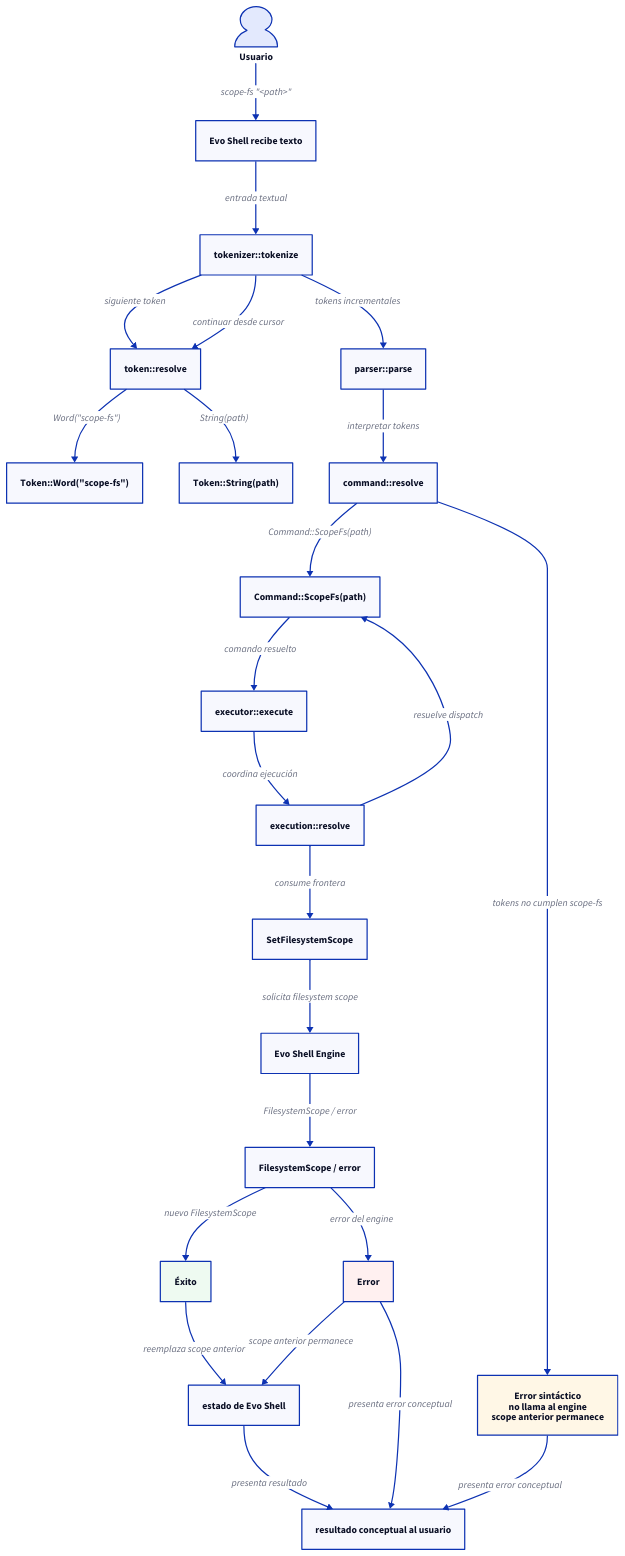
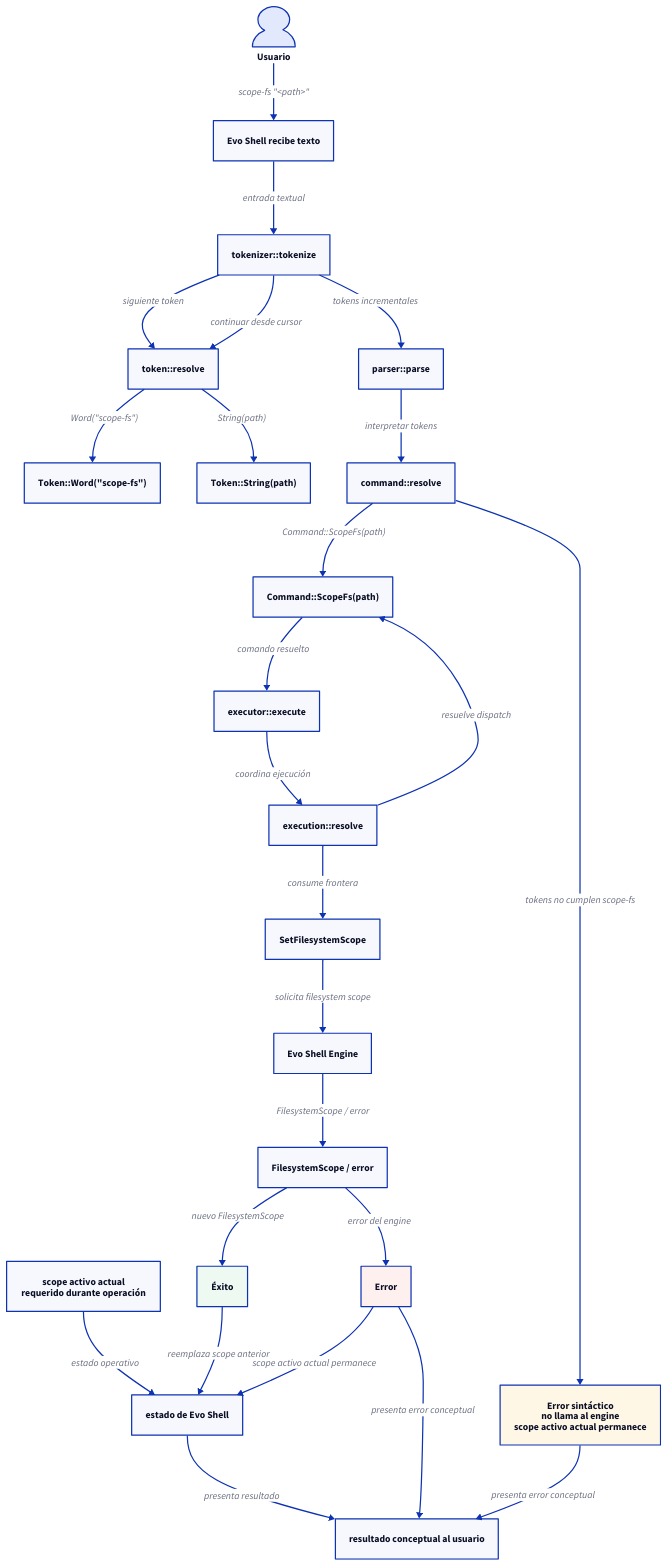
The diagram in evo-shell/technical_documentation/use_cases/UC-001-set-filesystem-scope-command/sequence.d2 (niqel/evolution), drawn with D2 before and after one commit. The commit also changed 13 other files, not shown here.

```diff
--- a/evo-shell/technical_documentation/use_cases/UC-001-set-filesystem-scope-command/sequence.d2
+++ b/evo-shell/technical_documentation/use_cases/UC-001-set-filesystem-scope-command/sequence.d2
@@ -1,107 +1,112 @@
 direction: down
 
 usuario: "Usuario" {
   shape: person
 }
 
 evo_shell: "Evo Shell recibe texto" {
   shape: rectangle
 }
 
 tokenizer: "tokenizer::tokenize" {
   shape: rectangle
 }
 
 token_resolver: "token::resolve" {
   shape: rectangle
 }
 
 word_token: "Token::Word(\"scope-fs\")" {
   shape: rectangle
 }
 
 string_token: "Token::String(path)" {
   shape: rectangle
 }
 
 parser: "parser::parse" {
   shape: rectangle
 }
 
 command_resolver: "command::resolve" {
   shape: rectangle
 }
 
 command: "Command::ScopeFs(path)" {
   shape: rectangle
 }
 
 executor: "executor::execute" {
   shape: rectangle
 }
 
 execution_resolver: "execution::resolve" {
   shape: rectangle
 }
 
 set_filesystem_scope: "SetFilesystemScope" {
   shape: rectangle
 }
 
 engine: "Evo Shell Engine" {
   shape: rectangle
 }
 
 engine_result: "FilesystemScope / error" {
   shape: rectangle
 }
 
 shell_state: "estado de Evo Shell" {
   shape: rectangle
 }
 
+current_scope: "scope activo actual\nrequerido durante operación" {
+  shape: rectangle
+}
+
 presentation: "resultado conceptual al usuario" {
   shape: rectangle
 }
 
 usuario -> evo_shell: "scope-fs \"<path>\""
+current_scope -> shell_state: "estado operativo"
 evo_shell -> tokenizer: "entrada textual"
 tokenizer -> token_resolver: "siguiente token"
 token_resolver -> word_token: "Word(\"scope-fs\")"
 tokenizer -> token_resolver: "continuar desde cursor"
 token_resolver -> string_token: "String(path)"
 tokenizer -> parser: "tokens incrementales"
 parser -> command_resolver: "interpretar tokens"
 command_resolver -> command: "Command::ScopeFs(path)"
 command -> executor: "comando resuelto"
 executor -> execution_resolver: "coordina ejecución"
 execution_resolver -> command: "resuelve dispatch"
 execution_resolver -> set_filesystem_scope: "consume frontera"
 set_filesystem_scope -> engine: "solicita filesystem scope"
 engine -> engine_result: "FilesystemScope / error"
 
 success: "Éxito" {
   shape: rectangle
   style.fill: "#eefaf1"
 }
 
 error: "Error" {
   shape: rectangle
   style.fill: "#fff0f0"
 }
 
 engine_result -> success: "nuevo FilesystemScope"
 success -> shell_state: "reemplaza scope anterior"
 shell_state -> presentation: "presenta resultado"
 
 engine_result -> error: "error del engine"
-error -> shell_state: "scope anterior permanece"
+error -> shell_state: "scope activo actual permanece"
 error -> presentation: "presenta error conceptual"
 
-syntax_error: "Error sintáctico\nno llama al engine\nscope anterior permanece" {
+syntax_error: "Error sintáctico\nno llama al engine\nscope activo actual permanece" {
   shape: rectangle
   style.fill: "#fff7e6"
 }
 
 command_resolver -> syntax_error: "tokens no cumplen scope-fs"
 syntax_error -> presentation: "presenta error conceptual"
```
